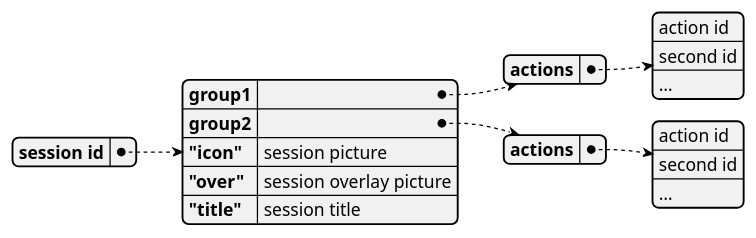
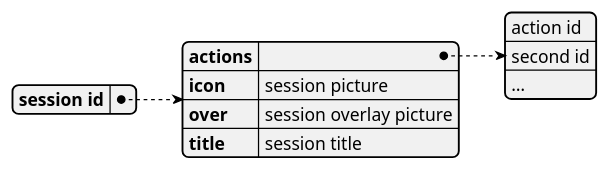
The fourth of 7 diagrams in doc/session-manager.md (MARTIMM/SessionManager), drawn with PlantUML before and after one commit. The commit also changed other lines of this file, not shown here.

Commit message:
plan to change session configuration and display

````diff
--- a/doc/session-manager.md
+++ b/doc/session-manager.md
@@ -179,18 +182,12 @@
 ```plantuml
 @startyaml
 session id: 
-  group1: 
-    actions: 
-      - action id
-      - second id
-      - …
-  group2:
-    actions: 
-      - action id
-      - second id
-      - …
-  "icon": session picture
-  "over": session overlay picture
-  "title": session title
+  actions: 
+    - action id
+    - second id
+    - …
+  icon: session picture
+  over: session overlay picture
+  title: session title
 @endyaml
 ```
````
